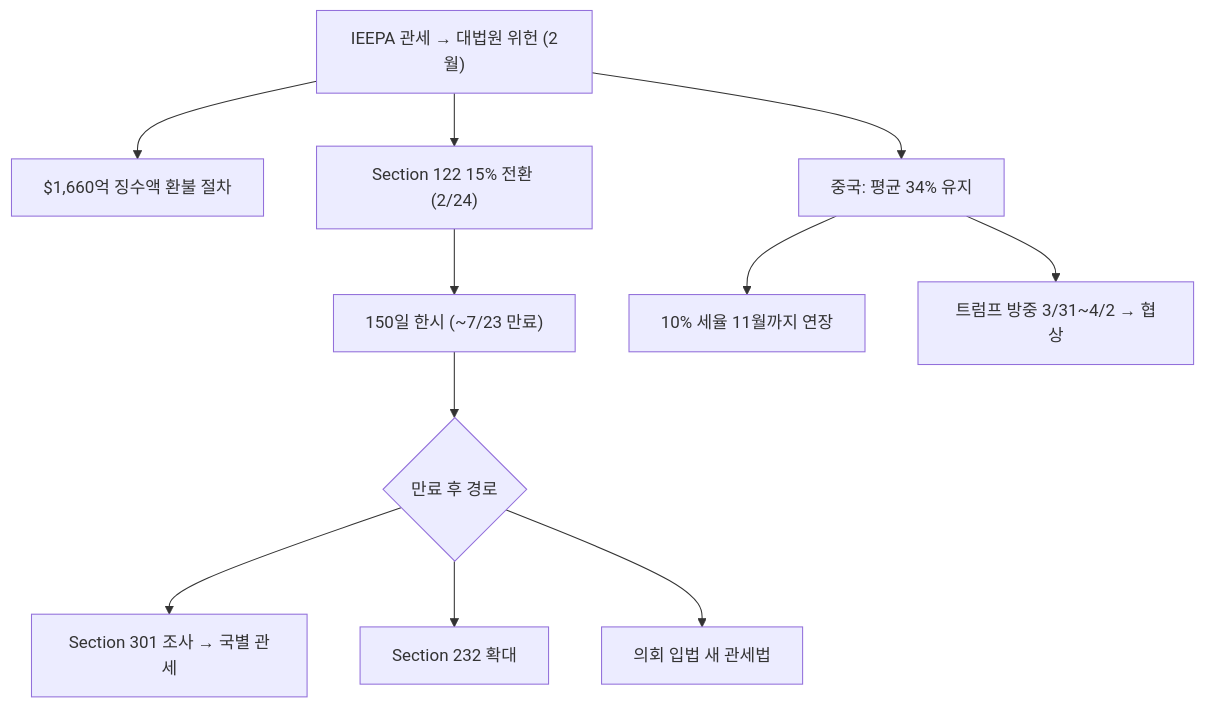
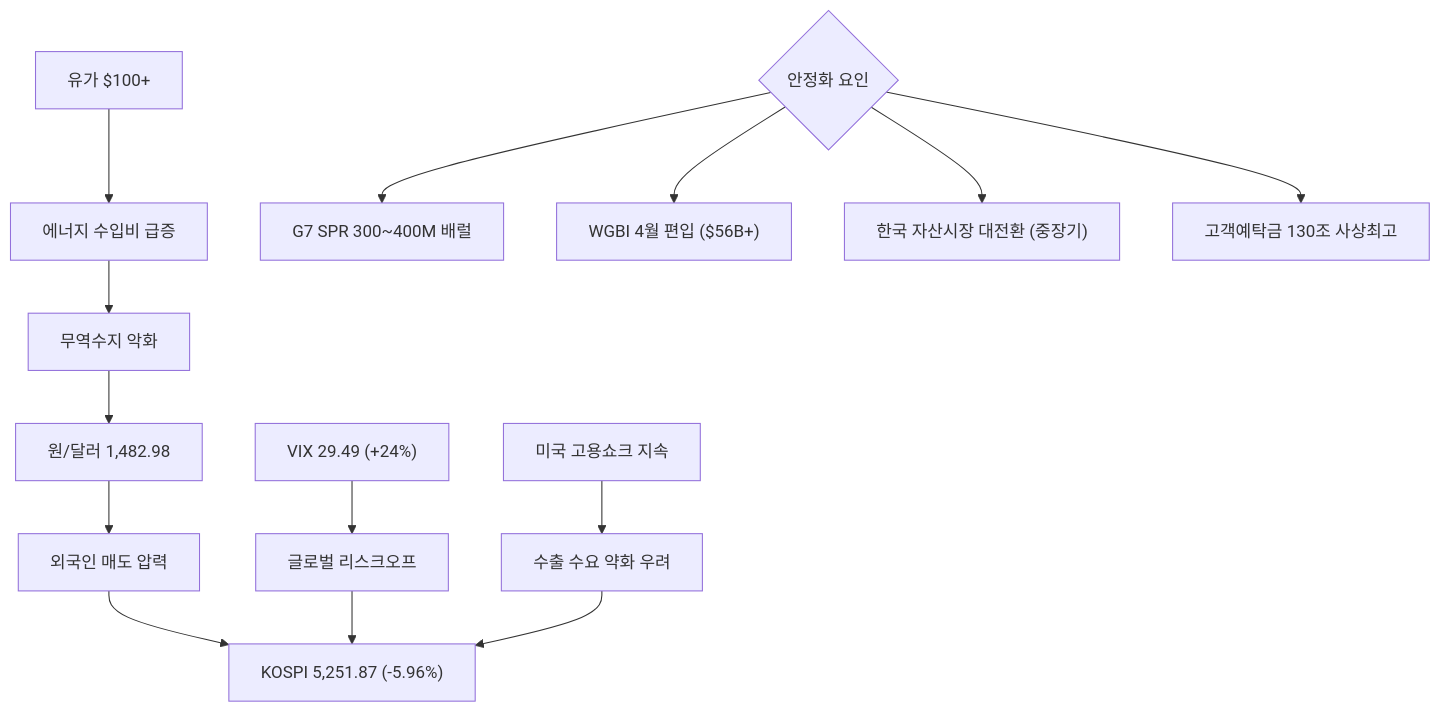
Before and after one commit to dss99911/dss99911.github.io: the eighth of 8 diagrams in _posts/knowledge/invest/2026-01-21-macroeconomic-policy-sector-outlook-2026.md, drawn with Mermaid. The commit also changed other lines of this file and 4 other files, not shown here.

````diff
--- a/_posts/knowledge/invest/2026-01-21-macroeconomic-policy-sector-outlook-2026.md
+++ b/_posts/knowledge/invest/2026-01-21-macroeconomic-policy-sector-outlook-2026.md
@@ -529,13 +464,17 @@
 ```mermaid
 graph TD
-    A["IEEPA 관세 → 대법원 위헌 (2월)"] --> B["$1,660억 징수액 환불 절차"]
-    A --> C["Section 122 15% 전환 (2/24)"]
-    C --> D["150일 한시 (~7/23 만료)"]
-    D --> E{"만료 후 경로"}
-    E --> F["Section 301 조사 → 국별 관세"]
-    E --> G["Section 232 확대"]
-    E --> H["의회 입법 새 관세법"]
-    A --> I["중국: 평균 34% 유지"]
-    I --> J["10% 세율 11월까지 연장"]
-    I --> K["트럼프 방중 3/31~4/2 → 협상"]
+    A["유가 $100+"] --> B["에너지 수입비 급증"]
+    B --> C["무역수지 악화"]
+    C --> D["원/달러 1,482.98"]
+    D --> E["외국인 매도 압력"]
+    E --> F["KOSPI 5,251.87 (-5.96%)"]
+    G["VIX 29.49 (+24%)"] --> H["글로벌 리스크오프"]
+    H --> F
+    I["미국 고용쇼크 지속"] --> J["수출 수요 약화 우려"]
+    J --> F
+    K{"안정화 요인"}
+    K --> L["G7 SPR 300~400M 배럴"]
+    K --> M["WGBI 4월 편입 ($56B+)"]
+    K --> N["한국 자산시장 대전환 (중장기)"]
+    K --> O["고객예탁금 130조 사상최고"]
 ```
````
